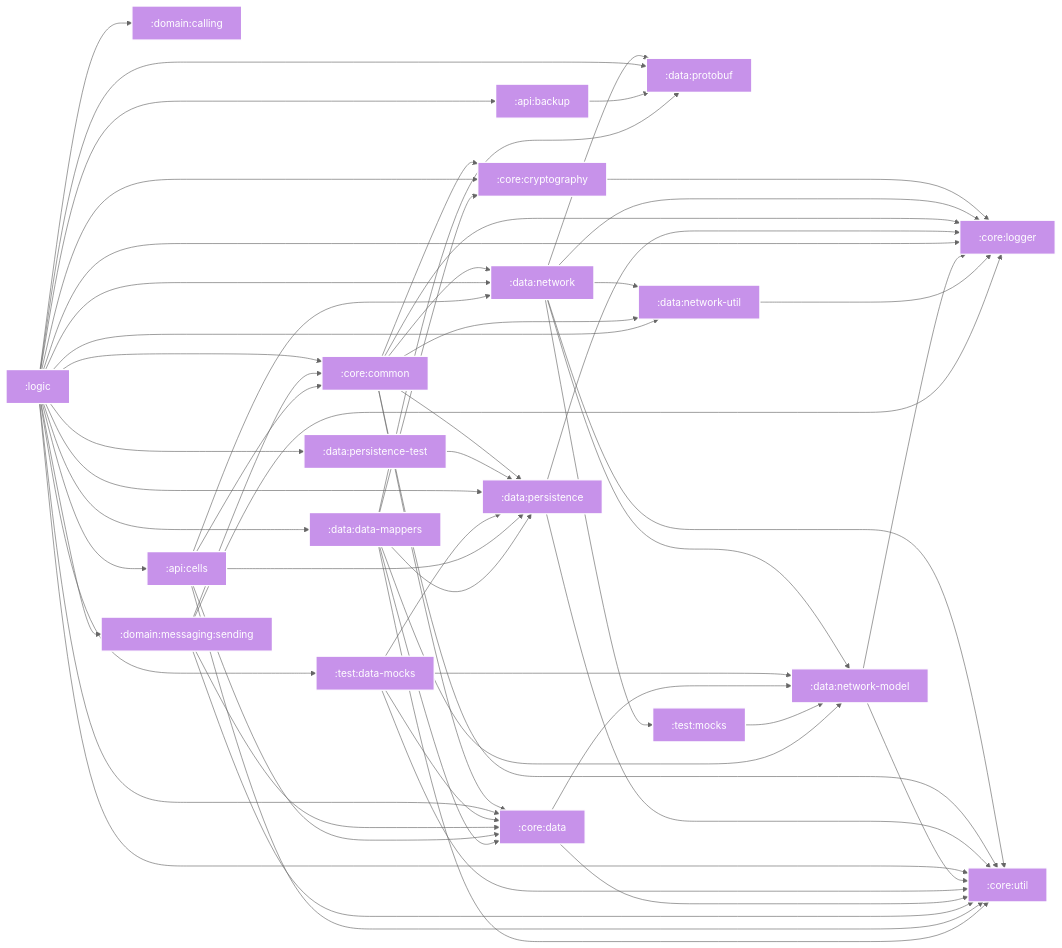
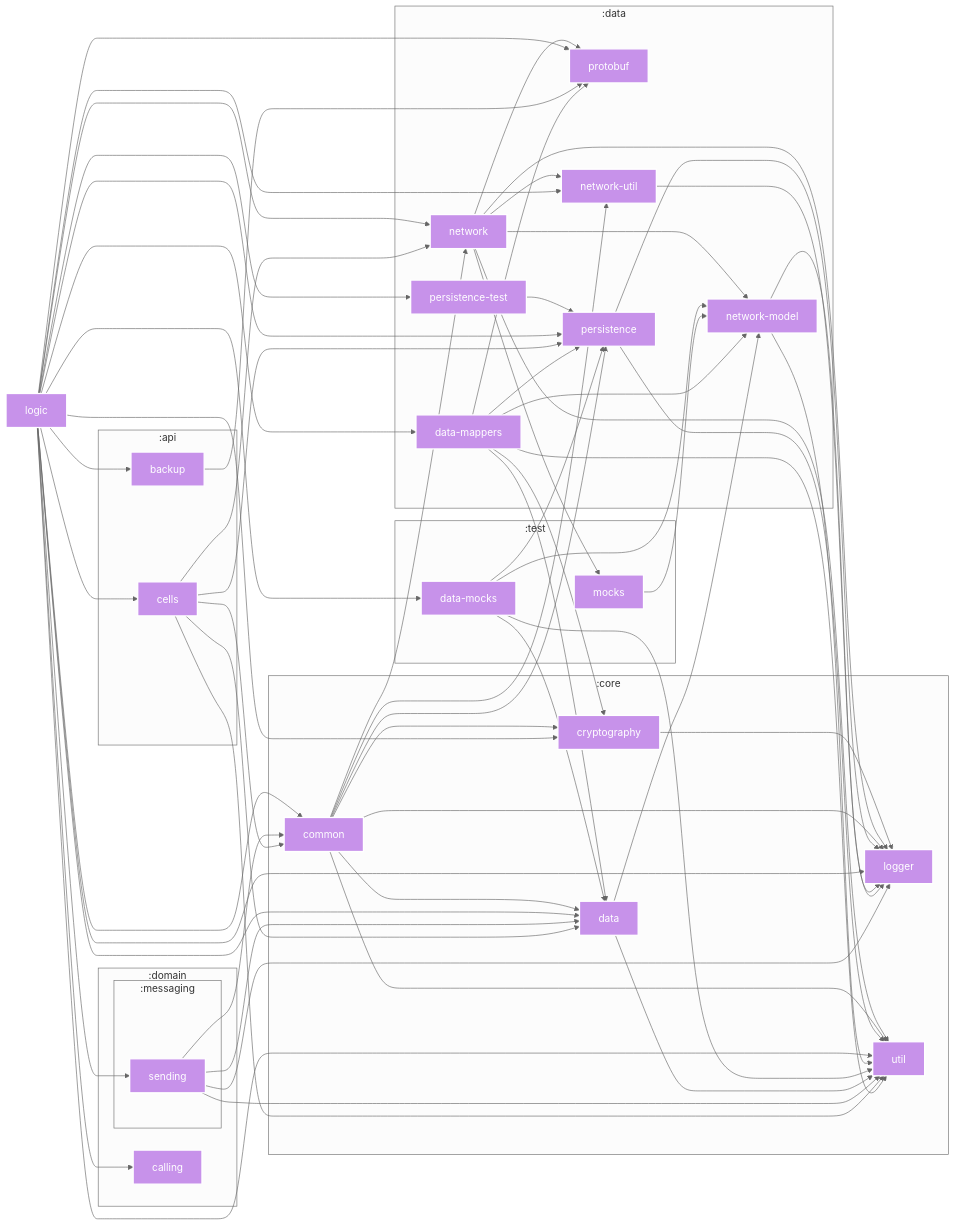
The diagram in README.md (wireapp/kalium), drawn with Mermaid before and after one commit. The commit also changed 1 other file, not shown here.

Commit message:
refactor: dependency graph updated

```diff
--- a/README.md
+++ b/README.md
@@ -134,6 +134,61 @@
 }%%
 
 graph LR
+  :logic["logic"]
+  subgraph :core
+    :core:cryptography["cryptography"]
+    :core:logger["logger"]
+    :core:util["util"]
+    :core:common["common"]
+    :core:data["data"]
+    :core:cryptography["cryptography"]
+    :core:common["common"]
+    :core:data["data"]
+    :core:logger["logger"]
+    :core:cryptography["cryptography"]
+    :core:util["util"]
+    :core:data["data"]
+    :core:common["common"]
+  end
+  subgraph :data
+    :data:network["network"]
+    :data:network-model["network-model"]
+    :data:protobuf["protobuf"]
+    :data:network-util["network-util"]
+    :data:persistence["persistence"]
+    :data:network["network"]
+    :data:persistence["persistence"]
+    :data:persistence-test["persistence-test"]
+    :data:network-util["network-util"]
+    :data:network["network"]
+    :data:data-mappers["data-mappers"]
+    :data:persistence["persistence"]
+    :data:protobuf["protobuf"]
+    :data:persistence-test["persistence-test"]
+    :data:network-model["network-model"]
+    :data:network-util["network-util"]
+    :data:data-mappers["data-mappers"]
+  end
+  subgraph :test
+    :test:mocks["mocks"]
+    :test:data-mocks["data-mocks"]
+    :test:data-mocks["data-mocks"]
+    :test:mocks["mocks"]
+  end
+  subgraph :domain
+    :domain:calling["calling"]
+    subgraph :messaging
+      :domain:messaging:sending["sending"]
+      :domain:messaging:sending["sending"]
+    end
+  end
+  subgraph :api
+    :api:cells["cells"]
+    :api:backup["backup"]
+    :api:backup["backup"]
+    :api:cells["cells"]
+  end
+
   :core:cryptography --> :core:logger
   :data:network --> :data:network-model
   :data:network --> :core:logger
```
